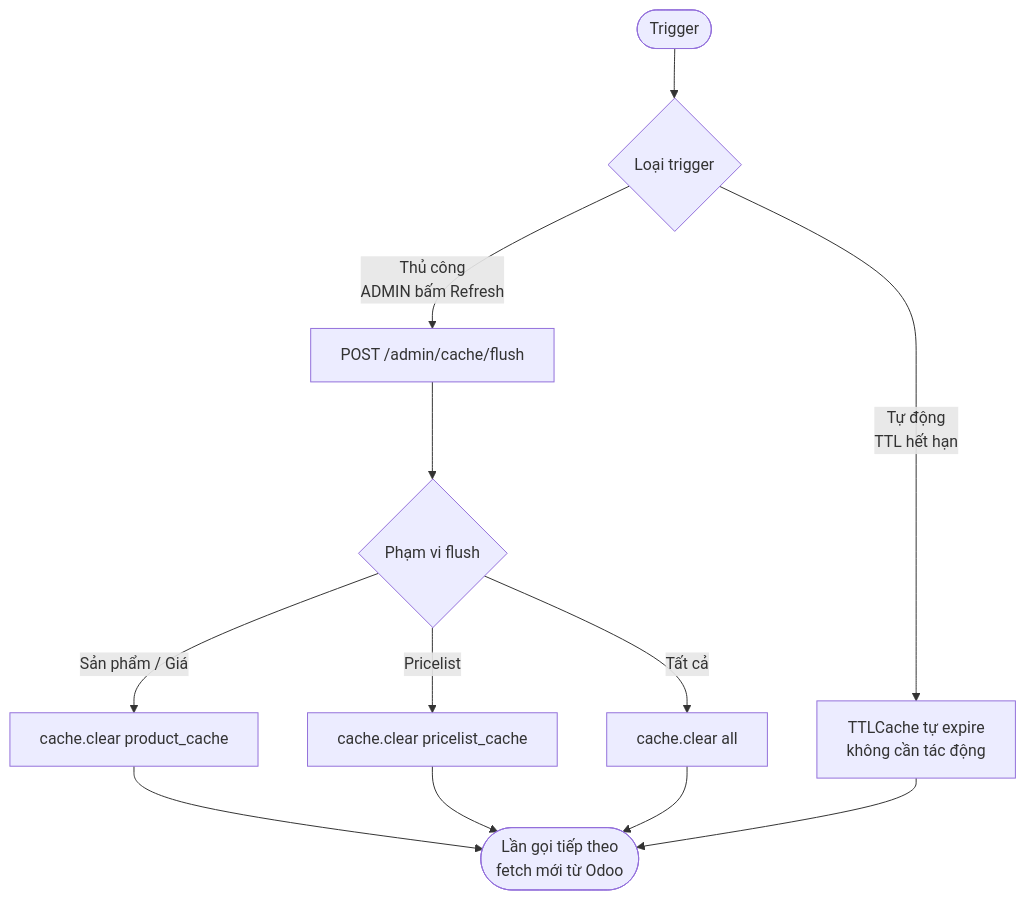
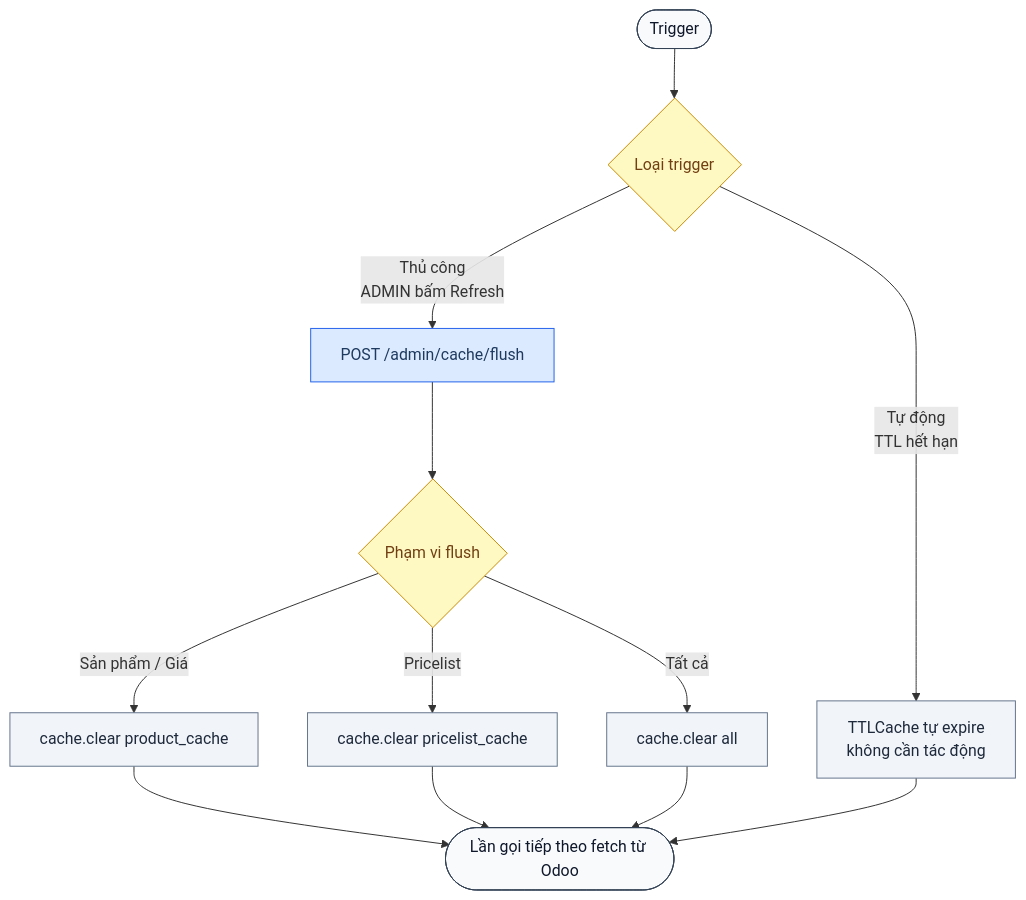
Before and after one commit to ngohuuduc/VJ_mobile_POS: the fifth of 10 diagrams in docs/process_flow.md, drawn with Mermaid. The commit also changed other lines of this file and 2 other files, not shown here.

Commit message:
Update documentation: Enhance open questions and process flow with detailed answers and color coding for clarity

````diff
--- a/docs/process_flow.md
+++ b/docs/process_flow.md
@@ -115,17 +157,19 @@
 ```mermaid
 flowchart TD
-    A([Trigger]) --> B{Loại trigger}
+    classDef user fill:#DBEAFE,stroke:#2563EB,color:#1e3a5f
+    classDef system fill:#F1F5F9,stroke:#64748B,color:#1e293b
+    classDef decision fill:#FEF9C3,stroke:#CA8A04,color:#713f12
+    classDef terminal fill:#F8FAFC,stroke:#334155,color:#0f172a
 
-    B -- Thủ công\nADMIN bấm Refresh --> C[POST /admin/cache/flush]
-    B -- Tự động\nTTL hết hạn --> D[TTLCache tự expire\nkhông cần tác động]
-
-    C --> E{Phạm vi flush}
-    E -- Sản phẩm / Giá --> F[cache.clear product_cache]
-    E -- Pricelist --> G[cache.clear pricelist_cache]
-    E -- Tất cả --> H[cache.clear all]
-
-    F --> I([Lần gọi tiếp theo\nfetch mới từ Odoo])
+    A([Trigger]):::terminal --> B{Loại trigger}:::decision
+    B -- Thủ công\nADMIN bấm Refresh --> C[POST /admin/cache/flush]:::user
+    B -- Tự động\nTTL hết hạn --> D[TTLCache tự expire\nkhông cần tác động]:::system
+    C --> E{Phạm vi flush}:::decision
+    E -- Sản phẩm / Giá --> F[cache.clear product_cache]:::system
+    E -- Pricelist --> G[cache.clear pricelist_cache]:::system
+    E -- Tất cả --> H[cache.clear all]:::system
+    F --> I([Lần gọi tiếp theo fetch từ Odoo]):::terminal
     G --> I
     H --> I
     D --> I
 ```
````
